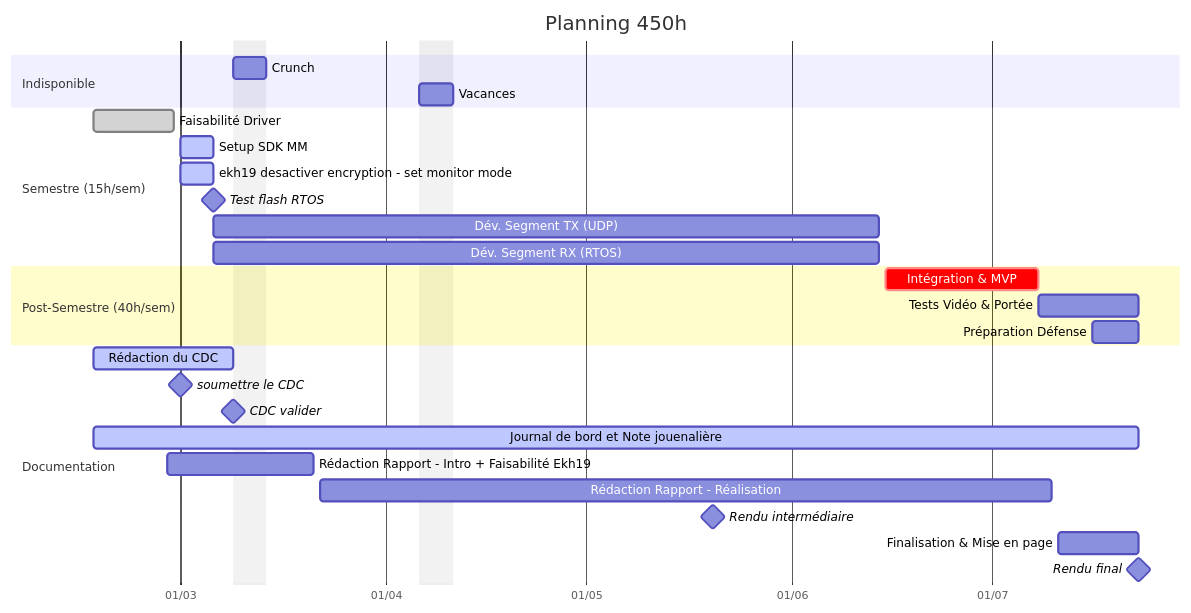
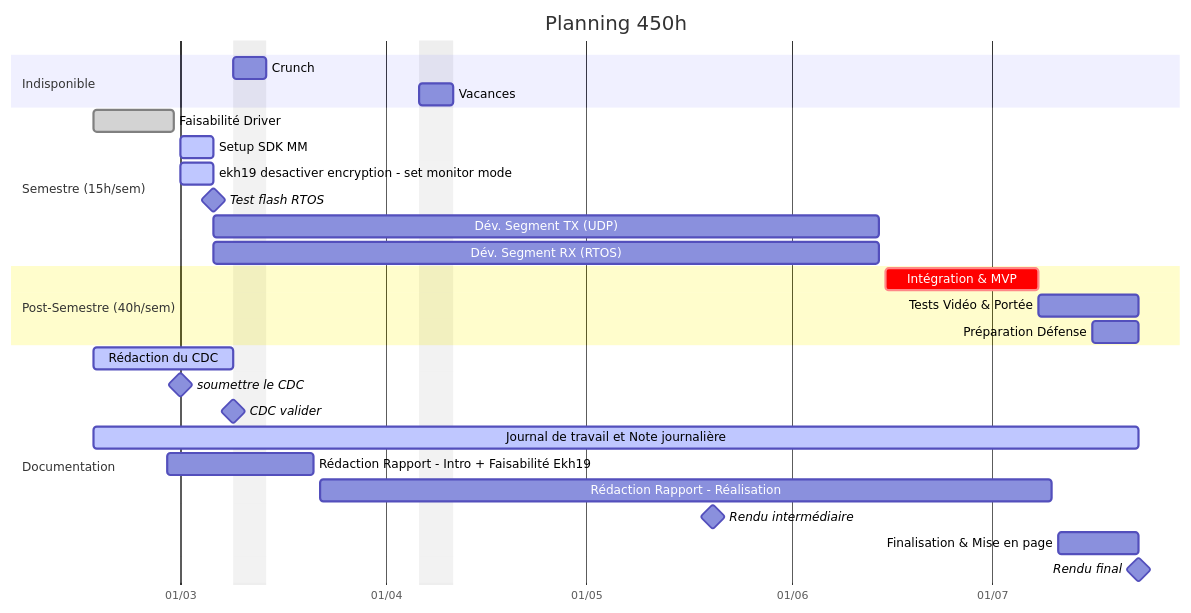
Before and after one commit to TschantzN/doc-bachelore-2026: the diagram in JOURNAL/JOURNAL_DE_TRAVAIL.md, drawn with Mermaid. The commit also changed other lines of this file, not shown here.

Commit message:
update journal

````diff
--- a/JOURNAL/JOURNAL_DE_TRAVAIL.md
+++ b/JOURNAL/JOURNAL_DE_TRAVAIL.md
@@ -28,38 +32,38 @@
 ```mermaid
 gantt
     title Planning 450h
     dateFormat  YYYY-MM-DD
     axisFormat  %d/%m
 
     excludes 2026-03-09,2026-03-10,2026-03-11,2026-03-12,2026-03-13,2026-04-06,2026-04-07,2026-04-08,2026-04-09,2026-04-10
     
     section Indisponible
     Crunch      :2026-03-09, 2026-03-14
     Vacances    :2026-04-06, 2026-04-11
 
     section Semestre (15h/sem)
     Faisabilité Driver :done, p1, 2026-02-16, 2026-02-28
     Setup SDK MM       :active, p1, 2026-02-29, 2026-03-06
     ekh19 desactiver encryption - set monitor mode :active, p1, 2026-02-29, 2026-03-06
     Test flash RTOS    :milestone ,2026-03-06, 0d
 
     Dév. Segment TX (UDP)    : tx1,2026-03-06, 2026-06-14
     Dév. Segment RX (RTOS)   :rx1, 2026-03-06, 2026-06-14
 
     section Post-Semestre (40h/sem)
     Intégration & MVP        :crit, int1, 2026-06-15, 2026-07-08
     Tests Vidéo & Portée     :int2, 2026-07-08, 2026-07-23
     Préparation Défense      :int3, 2026-07-16, 2026-07-23
 
     section Documentation
     Rédaction du CDC         :active, doc1, 2026-02-16, 2026-03-09
     soumettre le CDC         :milestone ,2026-03-01, 0d
     CDC valider              :milestone ,2026-03-09, 0d
 
-    Journal de bord et Note jouenalière :active, doc2, 2026-02-16, 2026-07-23
+    Journal de travail et Note journalière :active, doc2, 2026-02-16, 2026-07-23
     Rédaction Rapport - Intro + Faisabilité Ekh19 :doc3, 2026-02-27, 2026-03-21
     Rédaction Rapport - Réalisation :doc4, 2026-03-22, 2026-07-10
     Rendu intermédiaire         :milestone ,2026-05-20, 0d
     Finalisation & Mise en page :doc5, 2026-07-11, 2026-07-23
     Rendu final                 :milestone ,2026-07-23, 0d
 ```
````
